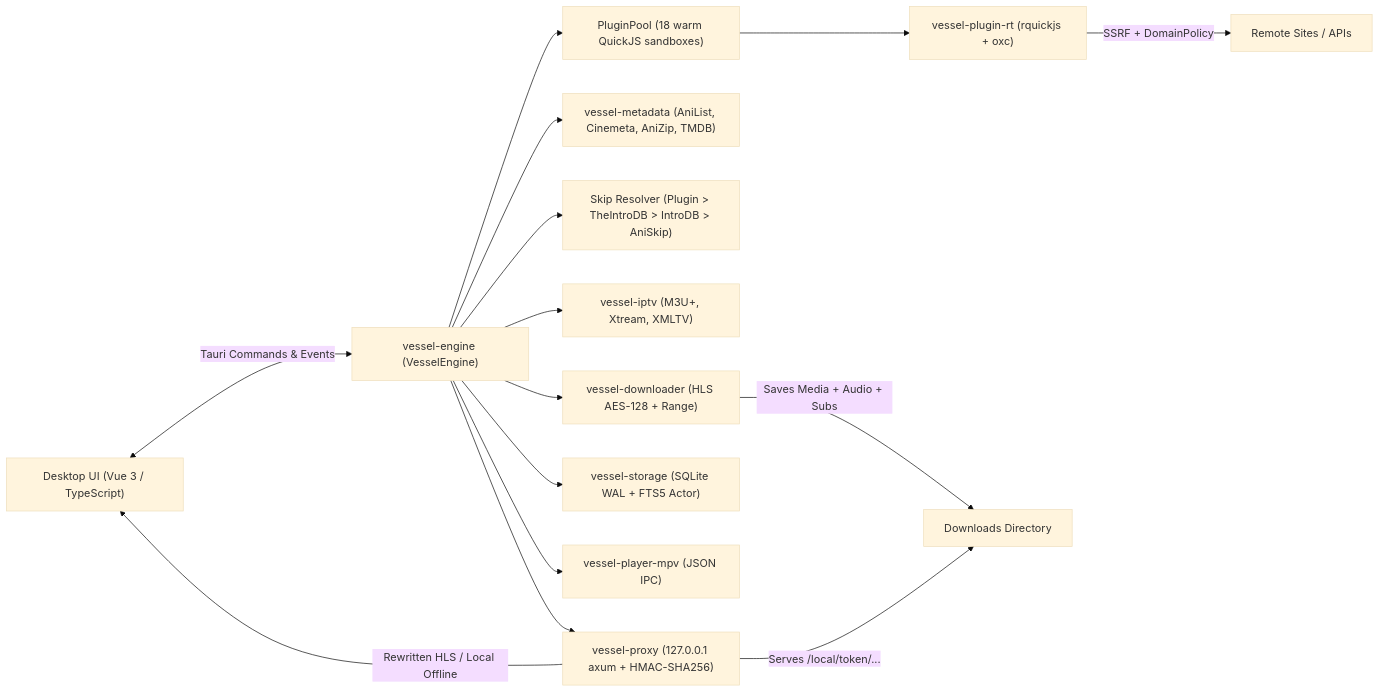
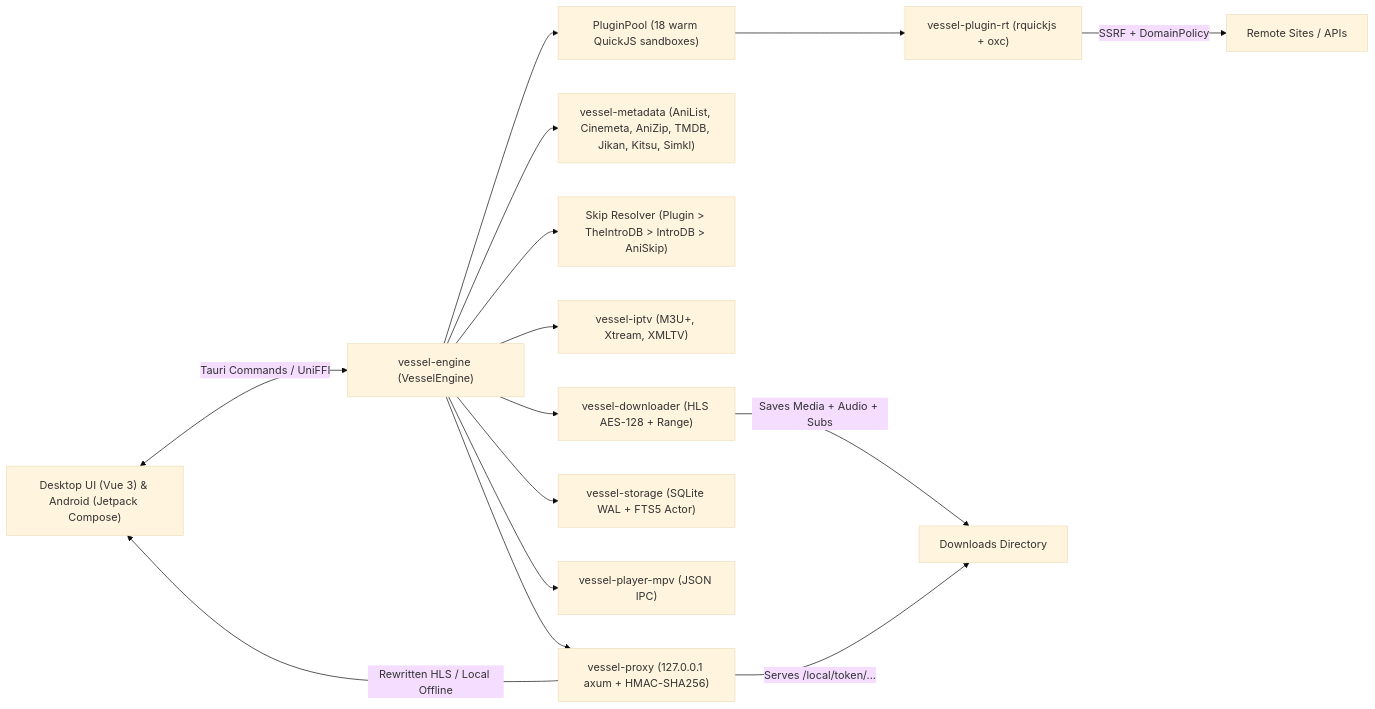
Before and after one commit to falsisdev/vessel: the diagram in docs/wiki/Architecture-and-Crates.md, drawn with Mermaid (base theme). The commit also changed other lines of this file and 106 other files, not shown here.

First line of the commit message:
feat(desktop,android,metadata,live-tv): v0.1.3 fixes, search, linking, and customization

````diff
--- a/docs/wiki/Architecture-and-Crates.md
+++ b/docs/wiki/Architecture-and-Crates.md
@@ -11,17 +11,17 @@
 ```mermaid
 flowchart LR
-    UI["Desktop UI (Vue 3 / TypeScript)"] <-->|Tauri Commands & Events| Engine["vessel-engine (VesselEngine)"]
+    UI["Desktop UI (Vue 3) & Android (Jetpack Compose)"] <-->|Tauri Commands / UniFFI| Engine["vessel-engine (VesselEngine)"]
     Engine --> Pool["PluginPool (18 warm QuickJS sandboxes)"]
     Pool --> RT["vessel-plugin-rt (rquickjs + oxc)"]
     RT -->|SSRF + DomainPolicy| Net["Remote Sites / APIs"]
-    Engine --> Meta["vessel-metadata (AniList, Cinemeta, AniZip, TMDB)"]
+    Engine --> Meta["vessel-metadata (AniList, Cinemeta, AniZip, TMDB, Jikan, Kitsu, Simkl)"]
     Engine --> Skip["Skip Resolver (Plugin > TheIntroDB > IntroDB > AniSkip)"]
     Engine --> IPTV["vessel-iptv (M3U+, Xtream, XMLTV)"]
     Engine --> DL["vessel-downloader (HLS AES-128 + Range)"]
     Engine --> DB["vessel-storage (SQLite WAL + FTS5 Actor)"]
     Engine --> MPV["vessel-player-mpv (JSON IPC)"]
     Engine --> Proxy["vessel-proxy (127.0.0.1 axum + HMAC-SHA256)"]
     Proxy -->|"Rewritten HLS / Local Offline"| UI
     DL -->|Saves Media + Audio + Subs| Disk["Downloads Directory"]
     Proxy -->|Serves /local/token/...| Disk
 ```
````
